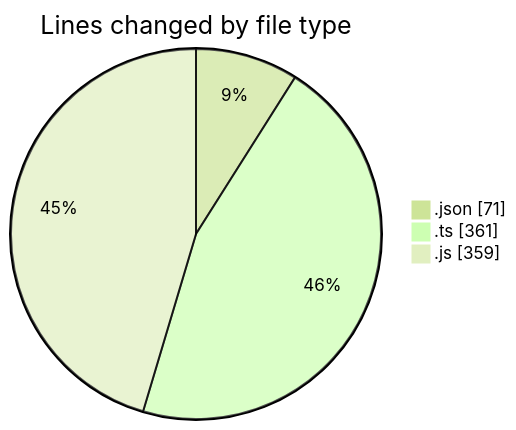
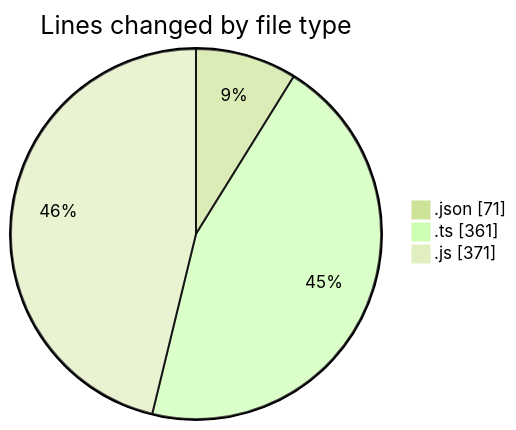
One commit to momahboobian/code-tracking changed the first of 2 diagrams in 2025-02-06/cda/README.md. Above: the diagram before and after it, drawn with Mermaid (forest theme). The commit also changed other lines of this file and 1 other file, not shown here.

````diff
--- a/2025-02-06/cda/README.md
+++ b/2025-02-06/cda/README.md
@@ -27,7 +27,7 @@
 ```mermaid
 pie showData
 title Lines changed by file type
 ".json" : 71
 ".ts" : 361
-".js" : 359
+".js" : 371
 ```
````
